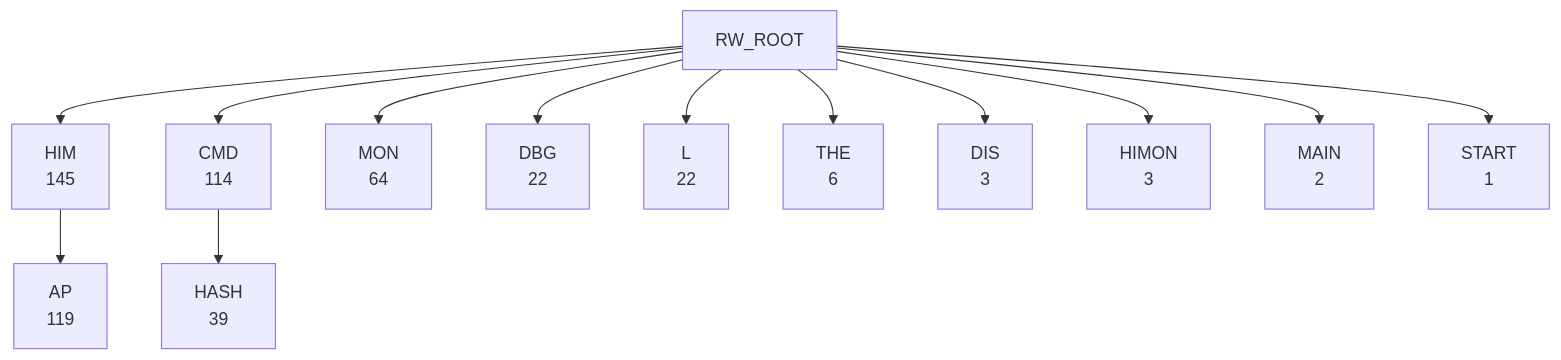
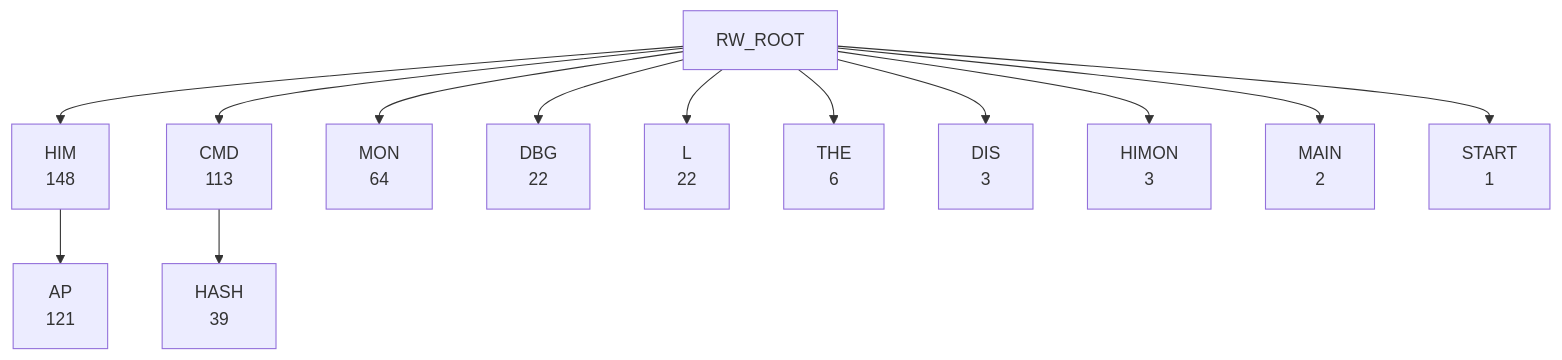
Before and after one commit to 95westus/R-YORS: the second of 8 diagrams in DOC/GENERATED/ROUTINE_WORD_TREE.md, drawn with Mermaid. The commit also changed other lines of this file and 29 other files, not shown here.

````diff
--- a/DOC/GENERATED/ROUTINE_WORD_TREE.md
+++ b/DOC/GENERATED/ROUTINE_WORD_TREE.md
@@ -28,15 +29,15 @@
 ```mermaid
 flowchart TD
-    RW_ROOT --> RW_HIM["HIM<br/>145"]
-    RW_ROOT --> RW_CMD["CMD<br/>114"]
+    RW_ROOT --> RW_HIM["HIM<br/>148"]
+    RW_ROOT --> RW_CMD["CMD<br/>113"]
     RW_ROOT --> RW_MON["MON<br/>64"]
     RW_ROOT --> RW_DBG["DBG<br/>22"]
     RW_ROOT --> RW_L["L<br/>22"]
     RW_ROOT --> RW_THE["THE<br/>6"]
     RW_ROOT --> RW_DIS["DIS<br/>3"]
     RW_ROOT --> RW_HIMON["HIMON<br/>3"]
     RW_ROOT --> RW_MAIN["MAIN<br/>2"]
     RW_ROOT --> RW_START["START<br/>1"]
-    RW_HIM --> RW_HIM_AP["AP<br/>119"]
+    RW_HIM --> RW_HIM_AP["AP<br/>121"]
     RW_CMD --> RW_CMD_HASH["HASH<br/>39"]
 ```
````
